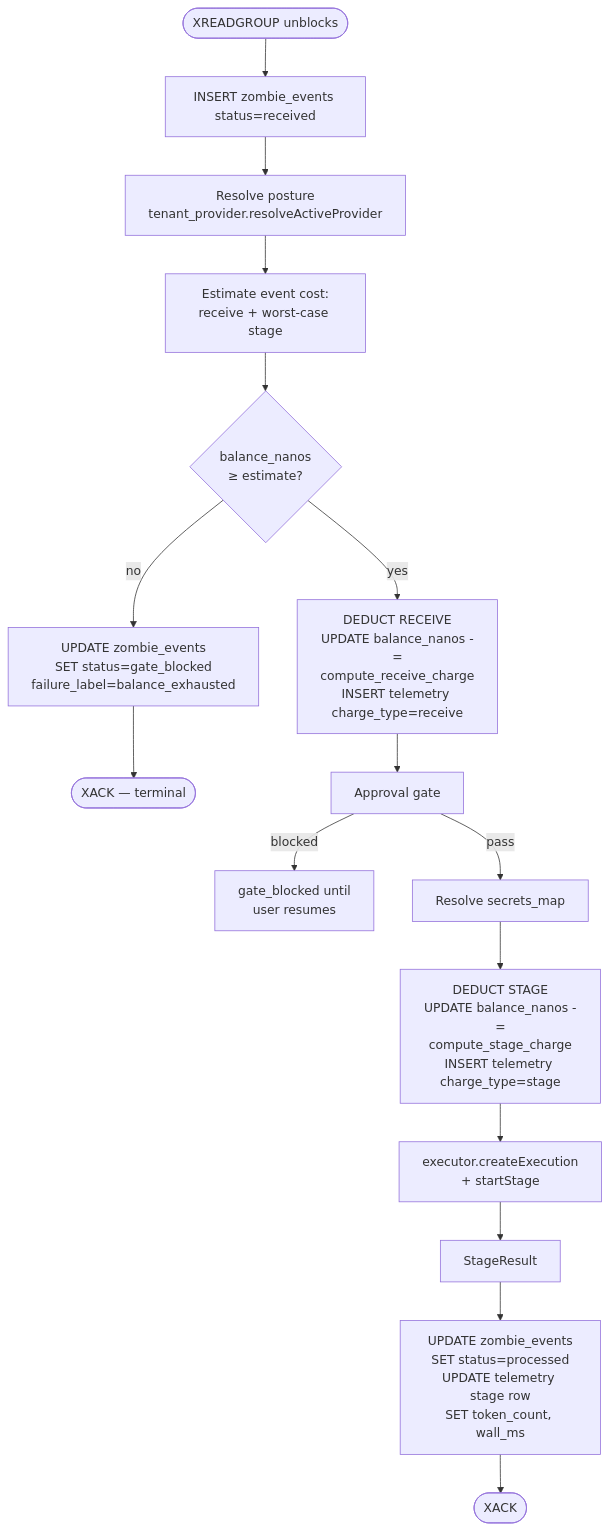
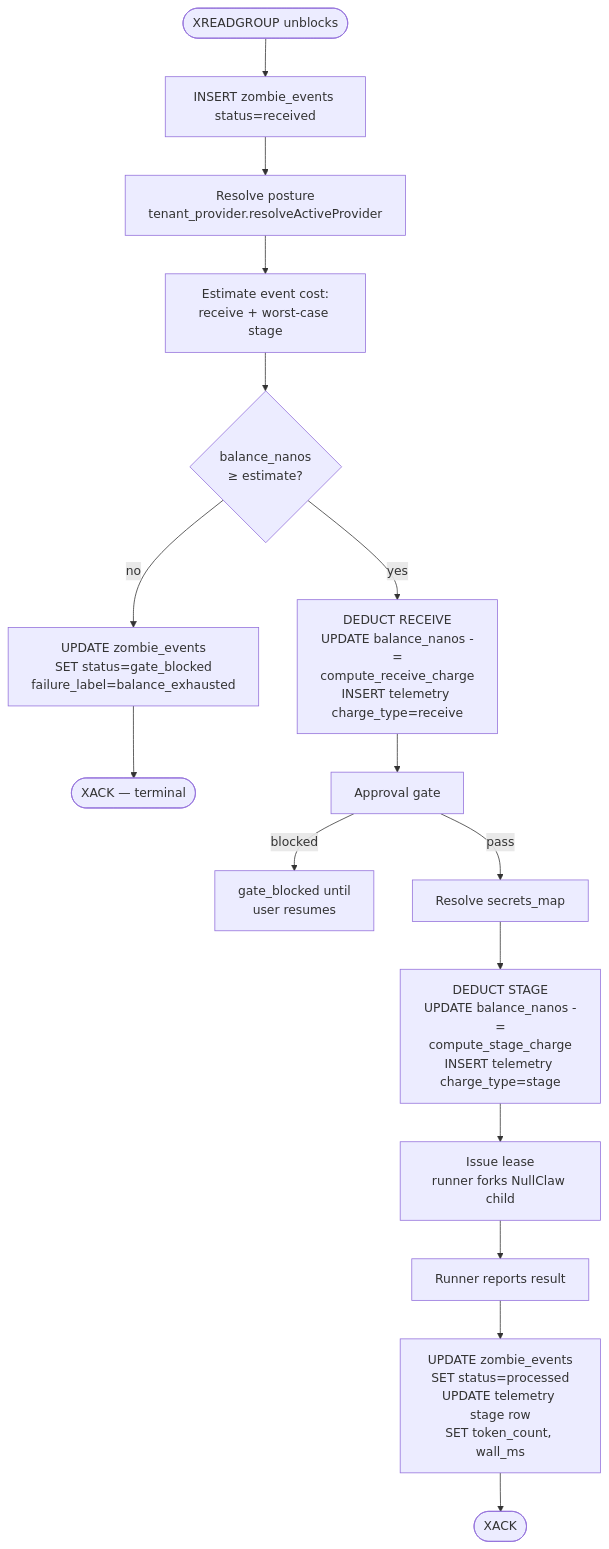
The diagram in docs/architecture/billing_and_provider_keys.md (usezombie/usezombie), drawn with Mermaid before and after one commit. The commit also changed other lines of this file and 24 other files, not shown here.

````diff
--- a/docs/architecture/billing_and_provider_keys.md
+++ b/docs/architecture/billing_and_provider_keys.md
@@ -166,18 +166,18 @@
 ```mermaid
 flowchart TD
     A([XREADGROUP unblocks]) --> B[INSERT zombie_events status=received]
     B --> C[Resolve posture<br/>tenant_provider.resolveActiveProvider]
     C --> D[Estimate event cost:<br/>receive + worst-case stage]
     D --> E{balance_nanos<br/>≥ estimate?}
     E -->|no| Block[UPDATE zombie_events<br/>SET status=gate_blocked<br/>failure_label=balance_exhausted]
     Block --> X1([XACK — terminal])
     E -->|yes| F[DEDUCT RECEIVE<br/>UPDATE balance_nanos -=<br/>compute_receive_charge<br/>INSERT telemetry charge_type=receive]
     F --> G[Approval gate]
     G -->|blocked| Wait[gate_blocked until<br/>user resumes]
     G -->|pass| H[Resolve secrets_map]
     H --> I[DEDUCT STAGE<br/>UPDATE balance_nanos -=<br/>compute_stage_charge<br/>INSERT telemetry charge_type=stage]
-    I --> J[executor.createExecution<br/>+ startStage]
-    J --> K[StageResult]
+    I --> J[Issue lease<br/>runner forks NullClaw child]
+    J --> K[Runner reports result]
     K --> L[UPDATE zombie_events<br/>SET status=processed<br/>UPDATE telemetry stage row<br/>SET token_count, wall_ms]
     L --> X2([XACK])
 ```
````
